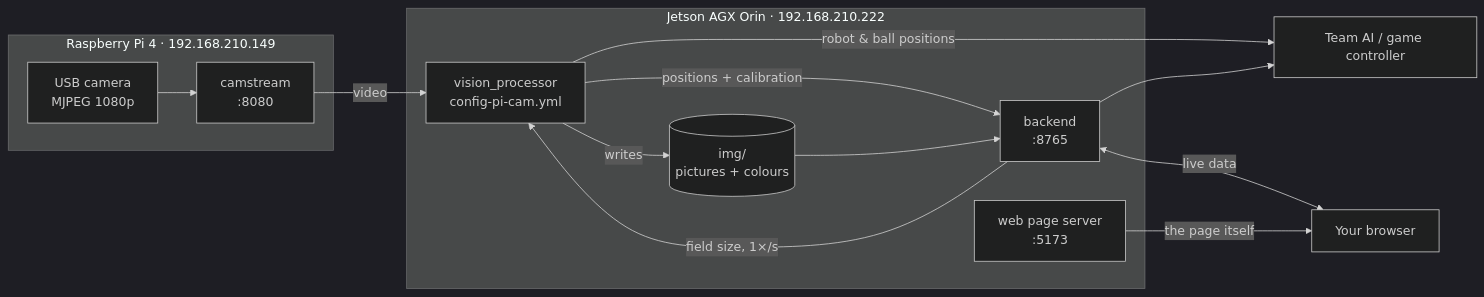
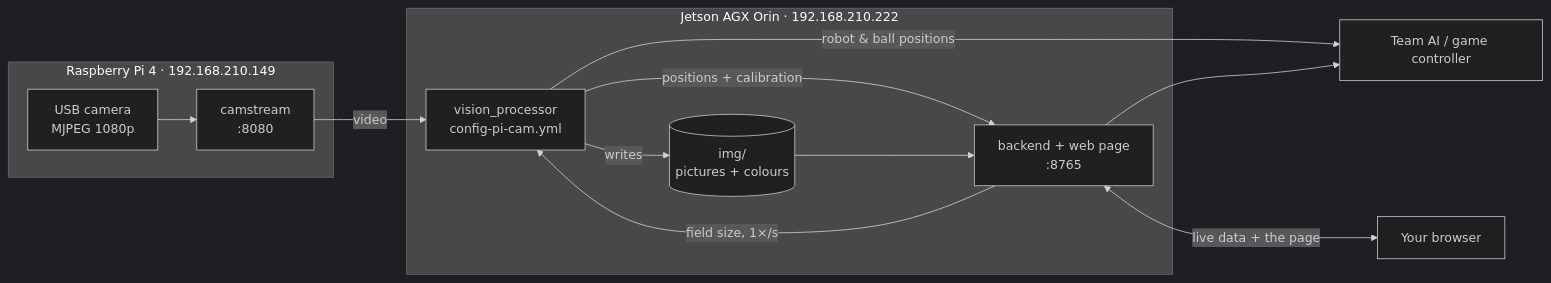
Before and after one commit to WSU-TurtleRabbit/ssl-vision-processor: the first of 3 diagrams in docs/how-it-works.md, drawn with Mermaid (dark theme). The commit also changed other lines of this file and 19 other files, not shown here.

````diff
--- a/docs/how-it-works.md
+++ b/docs/how-it-works.md
@@ -16,23 +18,21 @@
 ```mermaid
 flowchart LR
     subgraph pi["Raspberry Pi 4 · 192.168.210.149"]
         cam["USB camera<br/>MJPEG 1080p"] --> cs["camstream<br/>:8080"]
     end
     subgraph jetson["Jetson AGX Orin · 192.168.210.222"]
         vp["vision_processor<br/>config-pi-cam.yml"]
         img[("img/<br/>pictures + colours")]
-        be["backend<br/>:8765"]
-        fe["web page server<br/>:5173"]
+        be["backend + web page<br/>:8765"]
     end
     browser["Your browser"]
     teams["Team AI / game controller"]
 
     cs -->|"video"| vp
     vp -->|"robot & ball positions"| teams
     vp -->|"positions + calibration"| be
     be -->|"field size, 1×/s"| vp
     be --> teams
     vp -->|writes| img --> be
-    be <-->|"live data"| browser
-    fe -->|"the page itself"| browser
+    be <-->|"live data + the page"| browser
 ```
````
